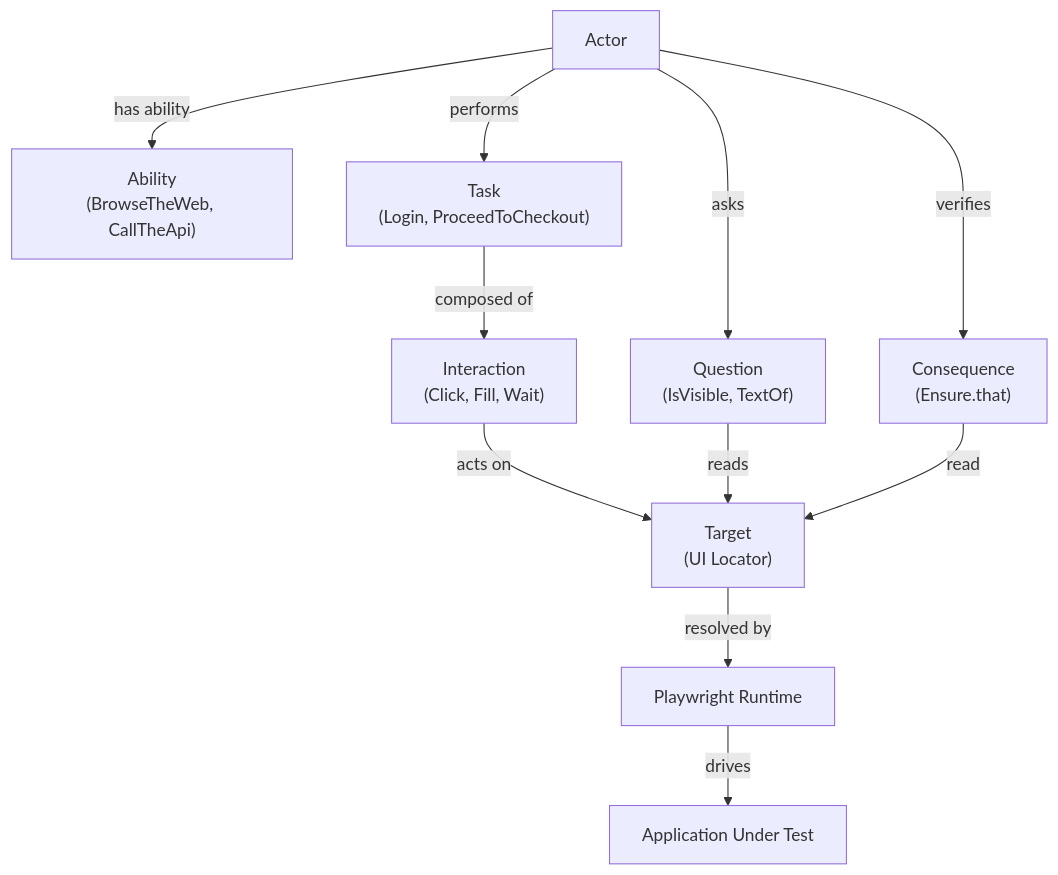
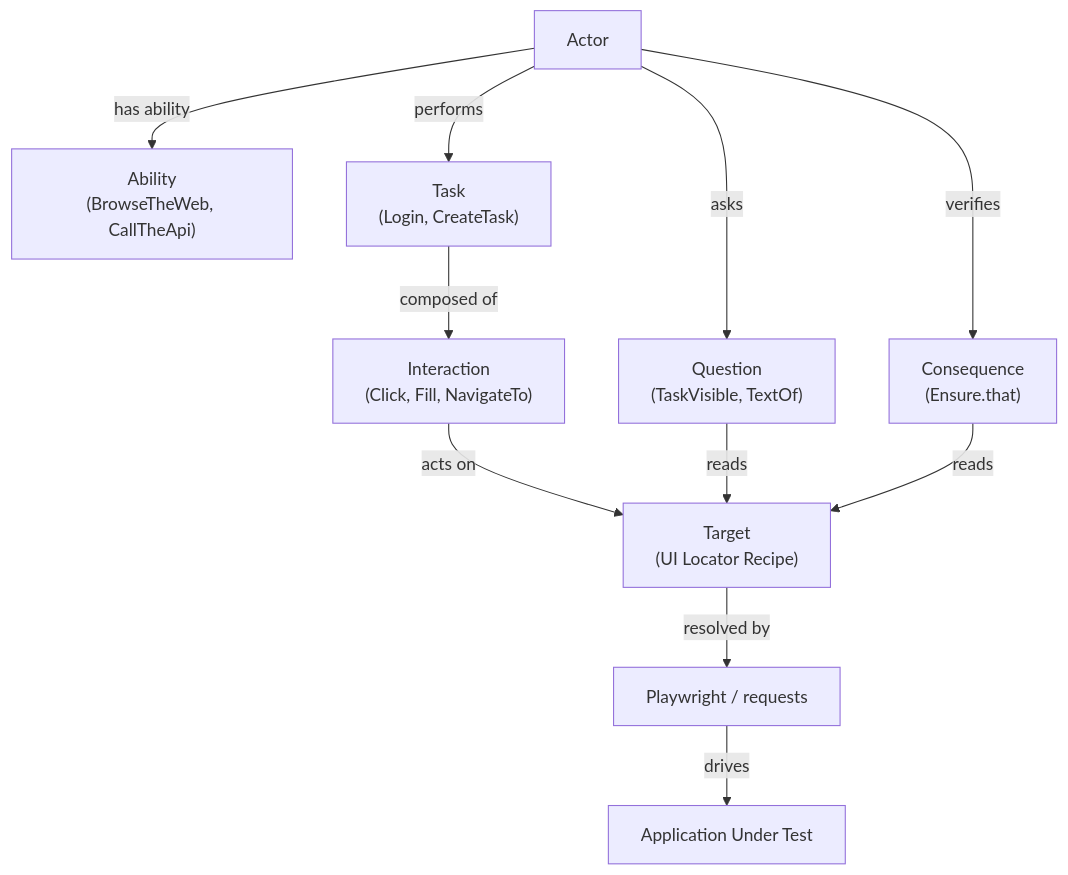
The diagram in README.md (stansiris/playwright-pytest-screenplay-framework), drawn with Mermaid before and after one commit. The commit also changed other lines of this file and 4 other files, not shown here.

````diff
--- a/README.md
+++ b/README.md
@@ -174,27 +76,24 @@
 ```mermaid
 graph TD
 
 Actor["Actor"]
 Ability["Ability<br/>(BrowseTheWeb, CallTheApi)"]
-Task["Task<br/>(Login, ProceedToCheckout)"]
-Interaction["Interaction<br/>(Click, Fill, Wait)"]
-Question["Question<br/>(IsVisible, TextOf)"]
+Task["Task<br/>(Login, CreateTask)"]
+Interaction["Interaction<br/>(Click, Fill, NavigateTo)"]
+Question["Question<br/>(TaskVisible, TextOf)"]
 Consequence["Consequence<br/>(Ensure.that)"]
-Target["Target<br/>(UI Locator)"]
-Playwright["Playwright Runtime"]
+Target["Target<br/>(UI Locator Recipe)"]
+Playwright["Playwright / requests"]
 System["Application Under Test"]
 
 Actor -->|has ability| Ability
-
 Actor -->|performs| Task
 Task -->|composed of| Interaction
 Interaction -->|acts on| Target
 Target -->|resolved by| Playwright
 Playwright -->|drives| System
-
 Actor -->|asks| Question
 Question -->|reads| Target
-
 Actor -->|verifies| Consequence
-Consequence -->|read| Target
+Consequence -->|reads| Target
 ```
````
